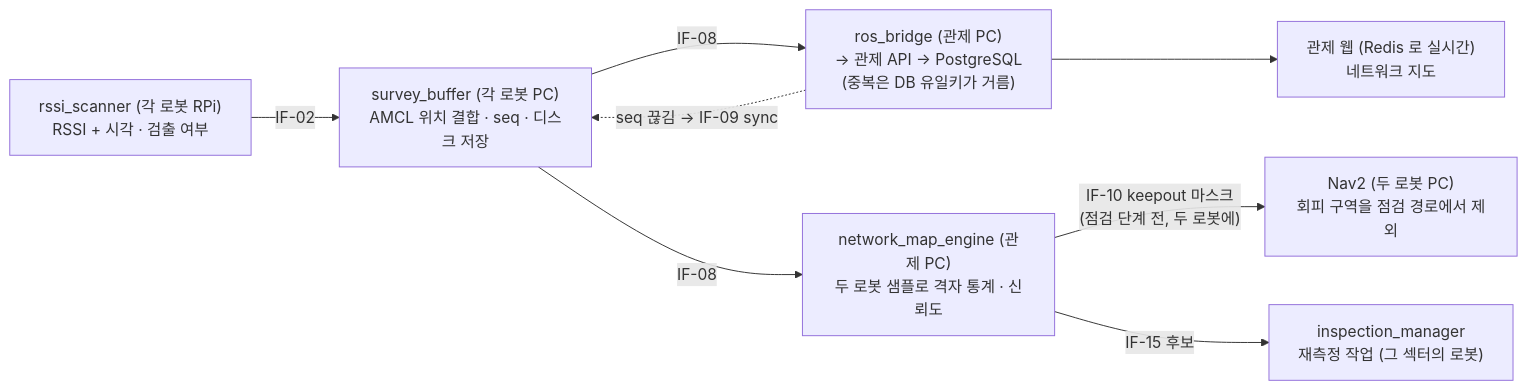
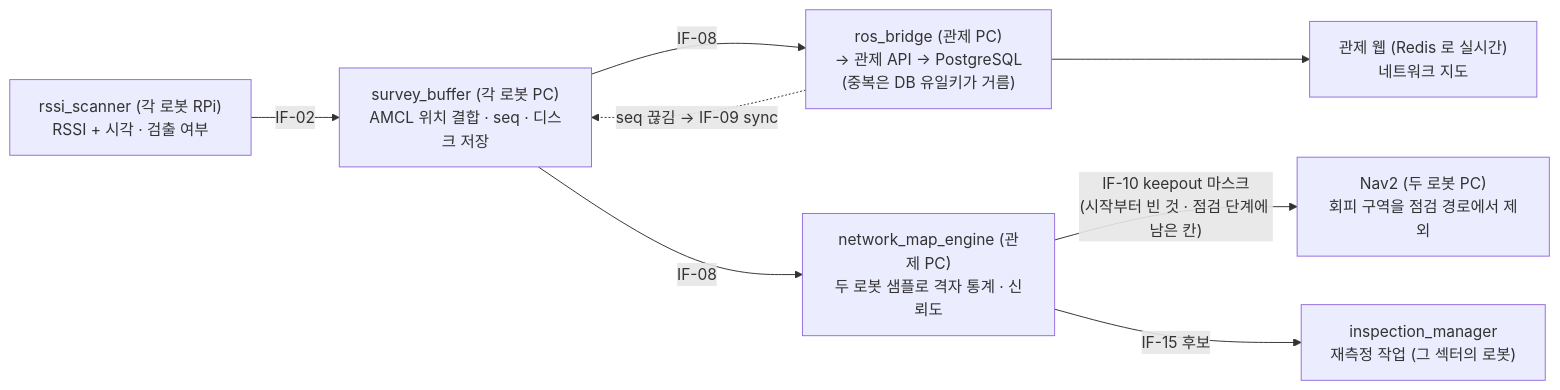
Before and after one commit to HJAE99/B_0102_Final_Project-archive: the third of 4 diagrams in docs/deliverables/process_flow.md, drawn with Mermaid. The commit also changed other lines of this file and 11 other files, not shown here.

First line of the commit message:
docs: 두 로봇은 서로 기다리지 않음 · keepout 마스크는 시작부터 빈 것, 로봇마다 점검 단계에 · 남은 음영은 관제 알림 · 지도 벽 조각·설비 좌표 위험 · 다이어그램 문장

````diff
--- a/docs/deliverables/process_flow.md
+++ b/docs/deliverables/process_flow.md
@@ -65,10 +65,10 @@
 ```mermaid
 flowchart LR
   R["rssi_scanner (각 로봇 RPi)<br>RSSI + 시각 · 검출 여부"] -- IF-02 --> B["survey_buffer (각 로봇 PC)<br>AMCL 위치 결합 · seq · 디스크 저장"]
   B -- IF-08 --> G["ros_bridge (관제 PC)<br>→ 관제 API → PostgreSQL<br>(중복은 DB 유일키가 거름)"]
   B -- IF-08 --> M["network_map_engine (관제 PC)<br>두 로봇 샘플로 격자 통계 · 신뢰도"]
   G -. "seq 끊김 → IF-09 sync" .-> B
-  M -- "IF-10 keepout 마스크<br>(점검 단계 전, 두 로봇에)" --> N["Nav2 (두 로봇 PC)<br>회피 구역을 점검 경로에서 제외"]
+  M -- "IF-10 keepout 마스크<br>(시작부터 빈 것 · 점검 단계에 남은 칸)" --> N["Nav2 (두 로봇 PC)<br>회피 구역을 점검 경로에서 제외"]
   M -- "IF-15 후보" --> I["inspection_manager<br>재측정 작업 (그 섹터의 로봇)"]
   G --> W["관제 웹 (Redis 로 실시간)<br>네트워크 지도"]
 ```
````
